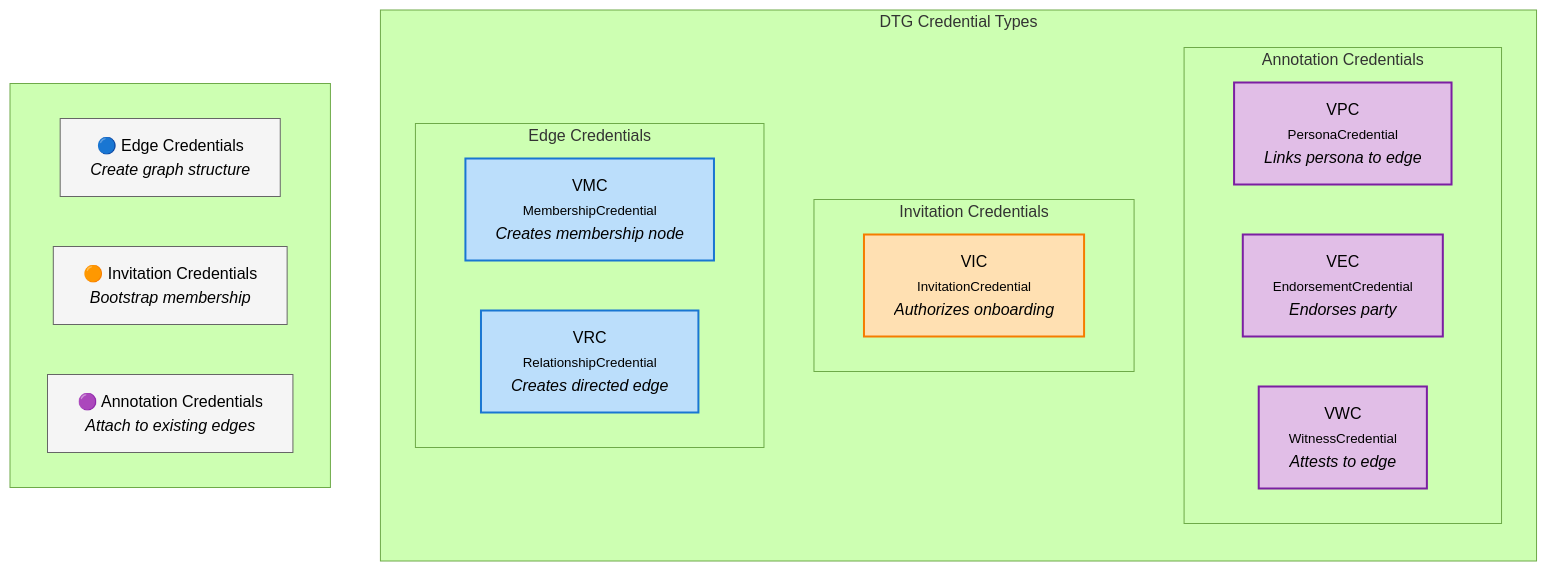
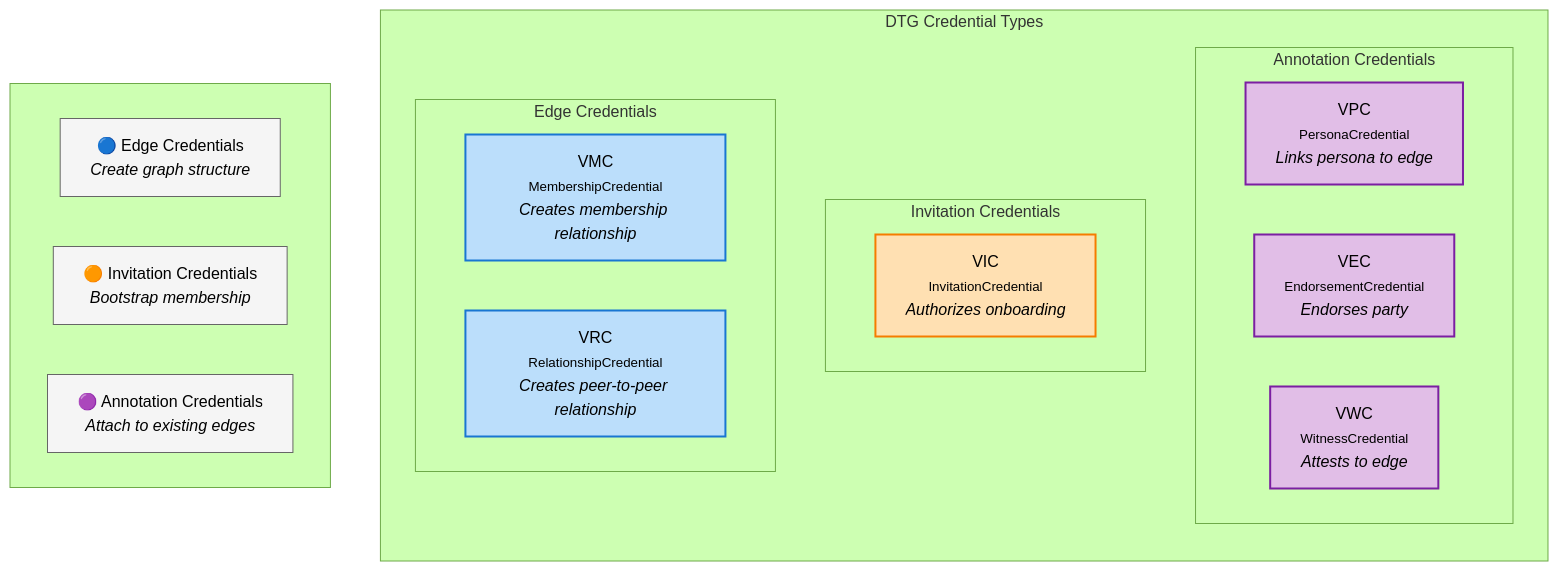
Before and after one commit to trustoverip/dtgwg-cred-spec: the diagram in spec/body.md, drawn with Mermaid (forest theme). The commit also changed other lines of this file and 2 other files, not shown here.

First line of the commit message:
Clarify bi-directionality of Edge Credentials

````diff
--- a/spec/body.md
+++ b/spec/body.md
@@ -7,38 +7,38 @@
 ```mermaid
 graph TB
     subgraph Types["DTG Credential Types"]
         direction TB
 
         subgraph Annotation["Annotation Credentials"]
             VPC["VPC<br/><small>PersonaCredential</small><br/><i>Links persona to edge</i>"]
             VEC["VEC<br/><small>EndorsementCredential</small><br/><i>Endorses party</i>"]
             VWC["VWC<br/><small>WitnessCredential</small><br/><i>Attests to edge</i>"]
         end
 
         subgraph Invitation["Invitation Credentials"]
             INV["VIC<br/><small>InvitationCredential</small><br/><i>Authorizes onboarding</i>"]
         end
 
         subgraph Edge["Edge Credentials"]
-            VMC["VMC<br/><small>MembershipCredential</small><br/><i>Creates membership node</i>"]
-            VRC["VRC<br/><small>RelationshipCredential</small><br/><i>Creates directed edge</i>"]
+            VMC["VMC<br/><small>MembershipCredential</small><br/><i>Creates membership relationship</i>"]
+            VRC["VRC<br/><small>RelationshipCredential</small><br/><i>Creates peer-to-peer relationship</i>"]
         end
     end
 
     subgraph Legend[" "]
         direction LR
         L1["🔵 Edge Credentials<br/><i>Create graph structure</i>"]
         L2["🟠 Invitation Credentials<br/><i>Bootstrap membership</i>"]
         L3["🟣 Annotation Credentials<br/><i>Attach to existing edges</i>"]
     end
 
     classDef edge fill:#bbdefb,stroke:#1976d2,stroke-width:2px,color:#000
     classDef inv fill:#ffe0b2,stroke:#f57c00,stroke-width:2px,color:#000
     classDef ann fill:#e1bee7,stroke:#7b1fa2,stroke-width:2px,color:#000
     classDef legend fill:#f5f5f5,stroke:#666,stroke-width:1px,color:#000
 
     class VMC,VRC edge
     class INV inv
     class VPC,VEC,VWC ann
     class L1,L2,L3 legend
 ```
````
